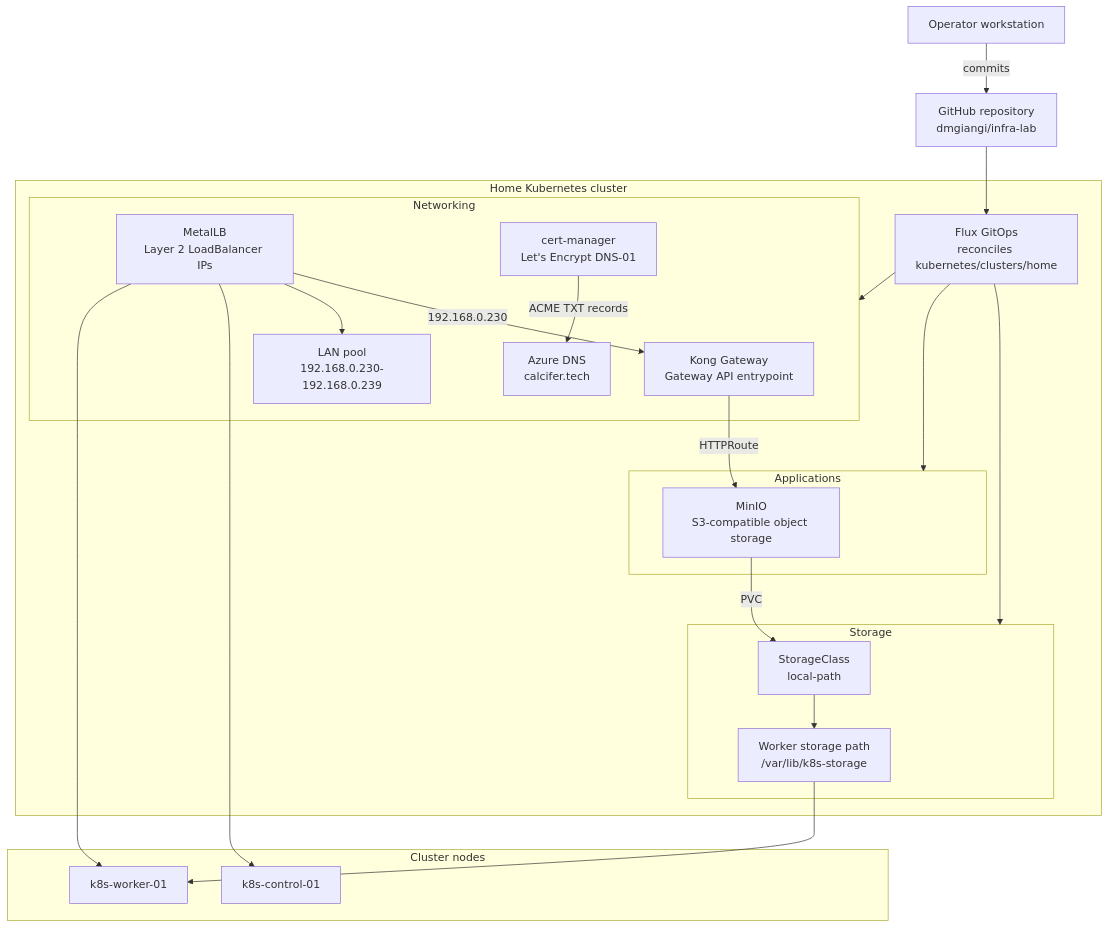
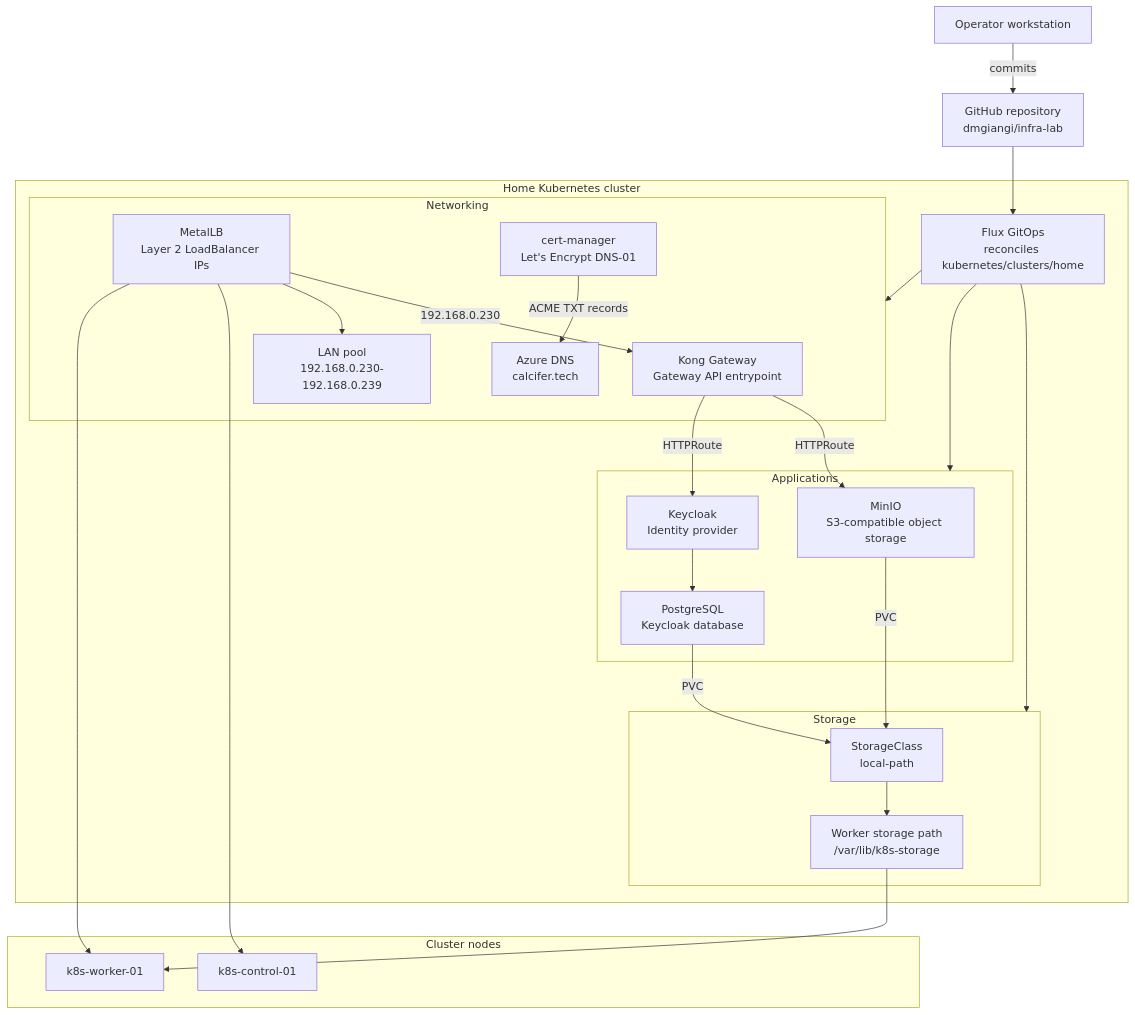
Before and after one commit to dmgiangi/infra-lab: the diagram in kubernetes/README.md, drawn with Mermaid. The commit also changed other lines of this file and 11 other files, not shown here.

Commit message:
Add Keycloak identity service

````diff
--- a/kubernetes/README.md
+++ b/kubernetes/README.md
@@ -23,46 +23,51 @@
 ```mermaid
 flowchart TB
   operator["Operator workstation"]
   github["GitHub repository<br/>dmgiangi/infra-lab"]
 
   subgraph cluster["Home Kubernetes cluster"]
     gitops["Flux GitOps<br/>reconciles kubernetes/clusters/home"]
 
     subgraph networking["Networking"]
       kong["Kong Gateway<br/>Gateway API entrypoint"]
       metallb["MetalLB<br/>Layer 2 LoadBalancer IPs"]
       lanPool["LAN pool<br/>192.168.0.230-192.168.0.239"]
       certManager["cert-manager<br/>Let's Encrypt DNS-01"]
       azureDns["Azure DNS<br/>calcifer.tech"]
     end
 
     subgraph storage["Storage"]
       storageClass["StorageClass<br/>local-path"]
       dataPath["Worker storage path<br/>/var/lib/k8s-storage"]
     end
 
     subgraph apps["Applications"]
       minio["MinIO<br/>S3-compatible object storage"]
+      keycloak["Keycloak<br/>Identity provider"]
+      keycloakDb["PostgreSQL<br/>Keycloak database"]
     end
   end
 
   subgraph nodes["Cluster nodes"]
     control["k8s-control-01"]
     worker["k8s-worker-01"]
   end
 
   operator -->|"commits"| github
   github --> gitops
   gitops --> networking
   gitops --> storage
   gitops --> apps
   kong -->|"HTTPRoute"| minio
+  kong -->|"HTTPRoute"| keycloak
   minio -->|"PVC"| storageClass
+  keycloak --> keycloakDb
+  keycloakDb -->|"PVC"| storageClass
   storageClass --> dataPath
   dataPath --> worker
   metallb -->|"192.168.0.230"| kong
   metallb --> lanPool
   certManager -->|"ACME TXT records"| azureDns
   metallb --> control
   metallb --> worker
 ```
````
